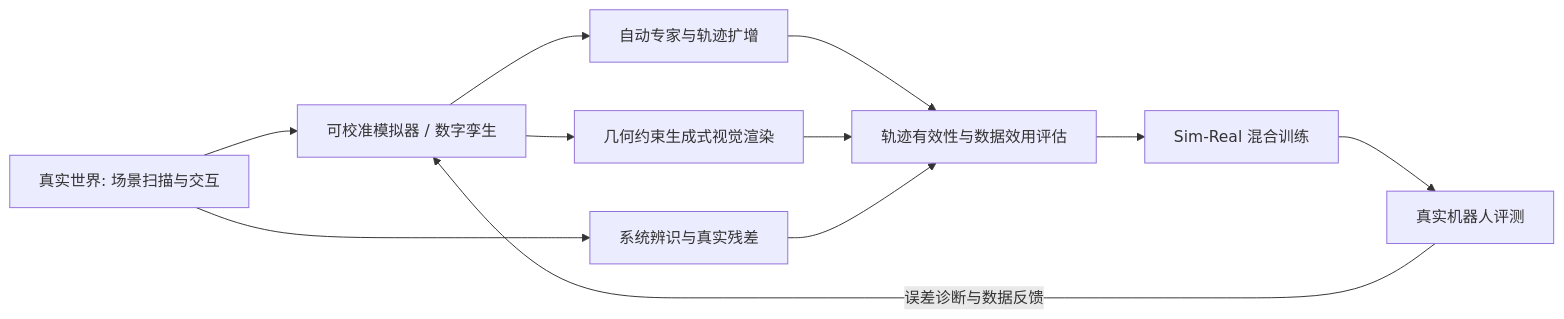
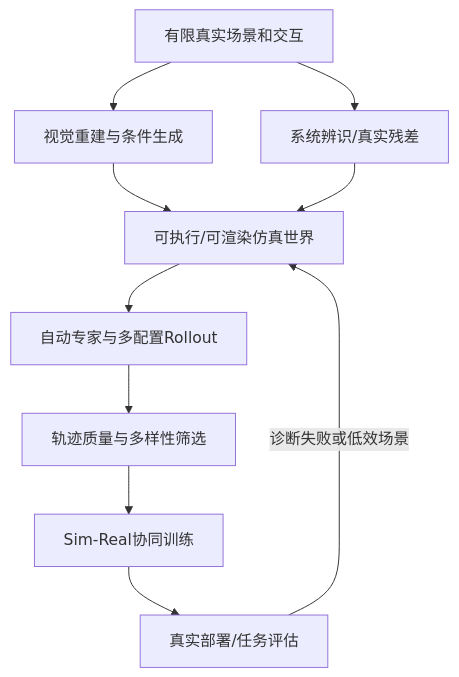
The first of 13 diagrams in docs/Sim2Real_前沿技术路线综述_2025-2026.md (AforestSong/Sim2Real-Frontier-Survey), drawn with Mermaid before and after one commit. The commit also changed other lines of this file and 7 other files, not shown here.

````diff
--- a/docs/Sim2Real_前沿技术路线综述_2025-2026.md
+++ b/docs/Sim2Real_前沿技术路线综述_2025-2026.md
@@ -38,13 +51,12 @@
 ```mermaid
-flowchart LR
- A[真实世界: 场景扫描与交互] --> B[可校准模拟器 / 数字孪生]
- B --> C[几何约束生成式视觉渲染]
- B --> D[自动专家与轨迹扩增]
- A --> E[系统辨识与真实残差]
- D --> F[轨迹有效性与数据效用评估]
- C --> F
- E --> F
- F --> G[Sim-Real 混合训练]
- G --> H[真实机器人评测]
- H -- 误差诊断与数据反馈 --> B
+flowchart TD
+ A[有限真实场景和交互] --> B[视觉重建与条件生成]
+ A --> C[系统辨识/真实残差]
+ B --> D[可执行/可渲染仿真世界]
+ C --> D
+ D --> E[自动专家与多配置Rollout]
+ E --> F[轨迹质量与多样性筛选]
+ F --> G[Sim-Real协同训练]
+ G --> H[真实部署/任务评估]
+ H -- 诊断失败或低效场景 --> D
 ```
````
